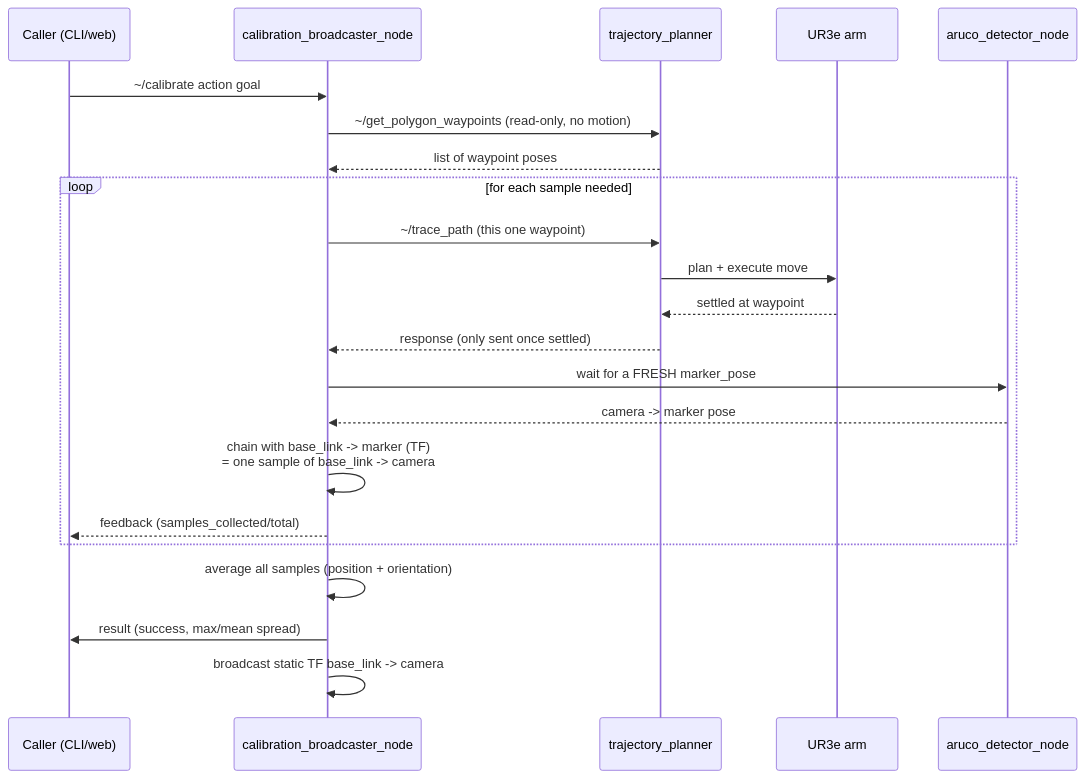
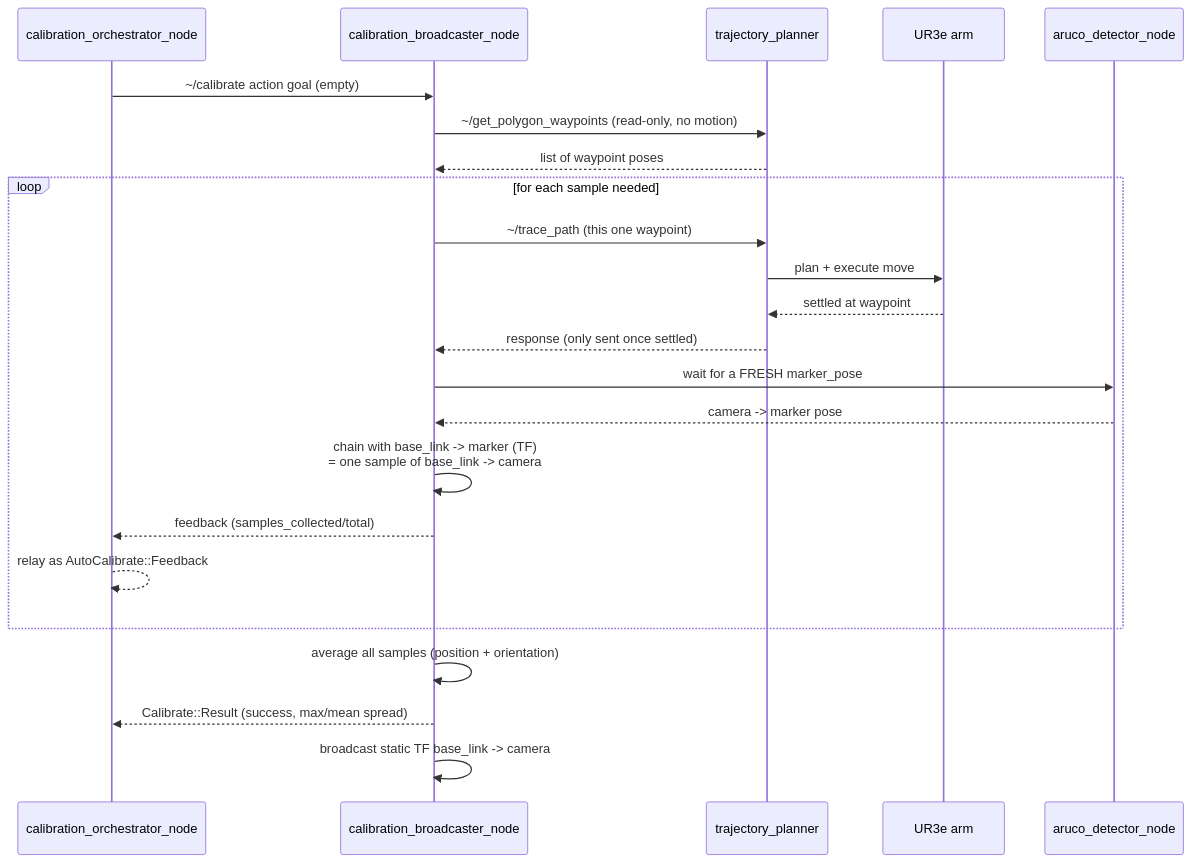
The diagram in resources/docs/calibration_process.md (tesarect/aruco_visual_calibration), drawn with Mermaid before and after one commit. The commit also changed other lines of this file and 71 other files, not shown here.

````diff
--- a/resources/docs/calibration_process.md
+++ b/resources/docs/calibration_process.md
@@ -28,27 +28,28 @@
 ```mermaid
 sequenceDiagram
-    participant User as Caller (CLI/web)
+    participant Orch as calibration_orchestrator_node
     participant CB as calibration_broadcaster_node
     participant TP as trajectory_planner
     participant Arm as UR3e arm
     participant Det as aruco_detector_node
 
-    User->>CB: ~/calibrate action goal
+    Orch->>CB: ~/calibrate action goal (empty)
     CB->>TP: ~/get_polygon_waypoints (read-only, no motion)
     TP-->>CB: list of waypoint poses
 
     loop for each sample needed
         CB->>TP: ~/trace_path (this one waypoint)
         TP->>Arm: plan + execute move
         Arm-->>TP: settled at waypoint
         TP-->>CB: response (only sent once settled)
         CB->>Det: wait for a FRESH marker_pose
         Det-->>CB: camera -> marker pose
         CB->>CB: chain with base_link -> marker (TF)<br/>= one sample of base_link -> camera
-        CB-->>User: feedback (samples_collected/total)
+        CB-->>Orch: feedback (samples_collected/total)
+        Orch-->>Orch: relay as AutoCalibrate::Feedback
     end
 
     CB->>CB: average all samples (position + orientation)
-    CB->>User: result (success, max/mean spread)
+    CB-->>Orch: Calibrate::Result (success, max/mean spread)
     CB->>CB: broadcast static TF base_link -> camera
 ```
````
